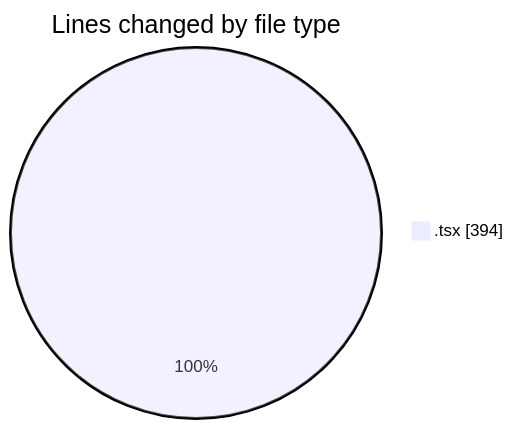
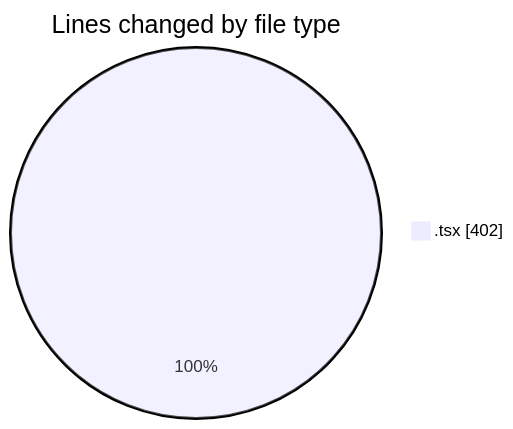
One commit to donsfak/code-tracking changed the first of 2 diagrams in 2025-03-10/portofolio/README.md. Above: the diagram before and after it, drawn with Mermaid. The commit also changed other lines of this file and 1 other file, not shown here.

````diff
--- a/2025-03-10/portofolio/README.md
+++ b/2025-03-10/portofolio/README.md
@@ -20,5 +20,5 @@
 ```mermaid
 pie showData
 title Lines changed by file type
-".tsx" : 394
+".tsx" : 402
 ```
````
